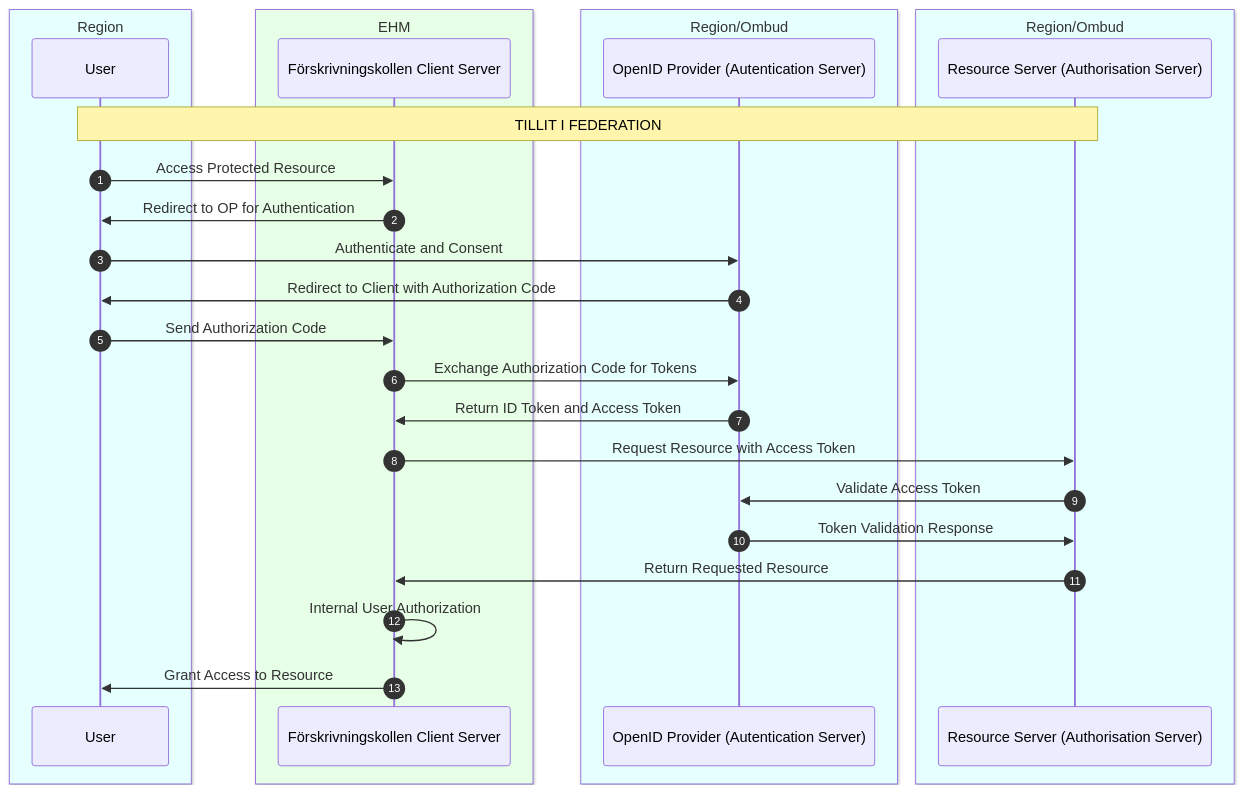
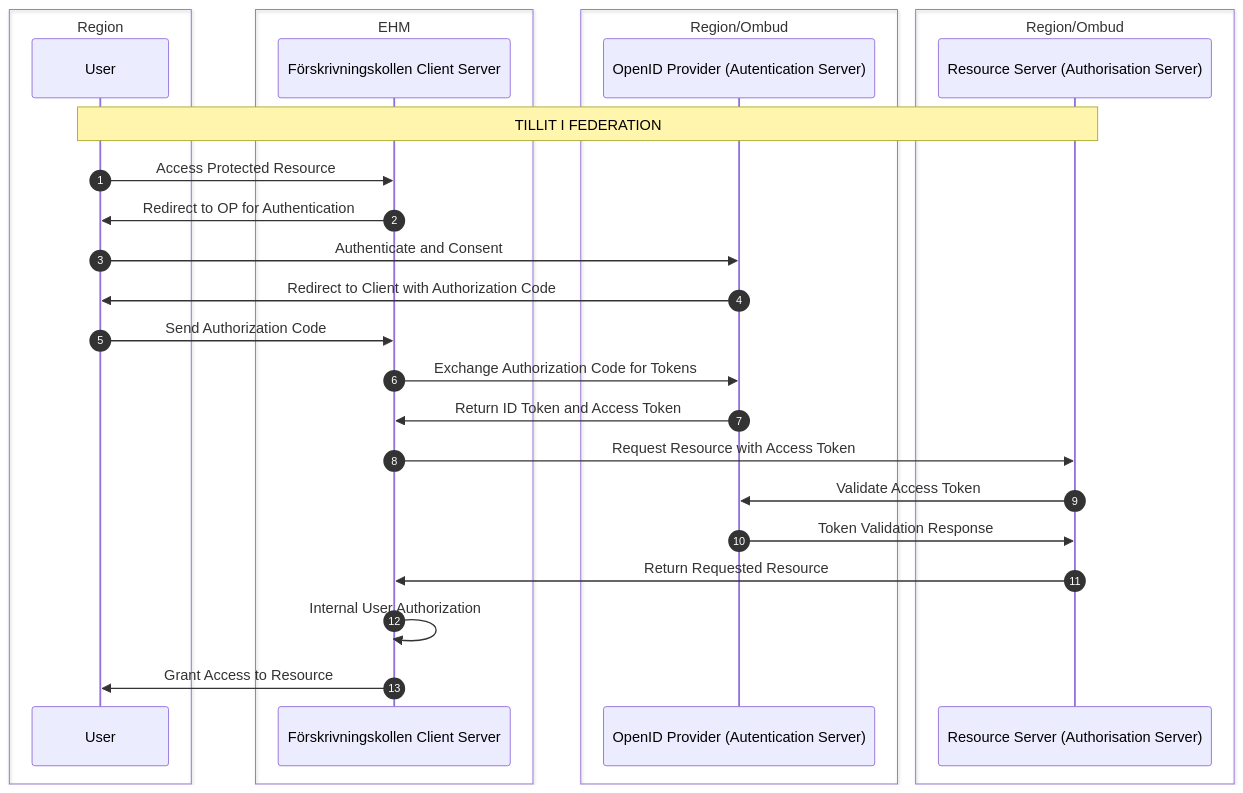
The diagram in architecture/diagrams/förskrivningskollen-oidc.md (diggsweden/ena-authorization), drawn with Mermaid before and after one commit.

Commit message:
Ta bort bakgrundsfärger från förskrivningskollen-oidc.md

````diff
--- a/architecture/diagrams/förskrivningskollen-oidc.md
+++ b/architecture/diagrams/förskrivningskollen-oidc.md
@@ -1,32 +1,32 @@
 ```mermaid 
 sequenceDiagram
 autonumber
-    box rgb(230,255,255) Region
+    box Region
         participant User
     end
-    box rgb(230,255,230) EHM
+    box EHM
         participant Client as Förskrivningskollen Client Server
     end
-    box rgb(230,255,255) Region/Ombud
+    box Region/Ombud
         participant OP as OpenID Provider (Autentication Server)
     end
-    box rgb(230,255,255) Region/Ombud
+    box Region/Ombud
         participant RS as Resource Server (Authorisation Server)
     end
 
     %% User-to-Server OIDC Flow
     Note over User,RS: TILLIT I FEDERATION
     User->>Client: Access Protected Resource
     Client->>User: Redirect to OP for Authentication
     User->>OP: Authenticate and Consent
     OP->>User: Redirect to Client with Authorization Code
     User->>Client: Send Authorization Code
     Client->>OP: Exchange Authorization Code for Tokens
     OP->>Client: Return ID Token and Access Token
     Client->>RS: Request Resource with Access Token
     RS->>OP: Validate Access Token
     OP->>RS: Token Validation Response
     RS->>Client: Return Requested Resource
     Client->>Client: Internal User Authorization
     Client->>User: Grant Access to Resource
 ```
````
